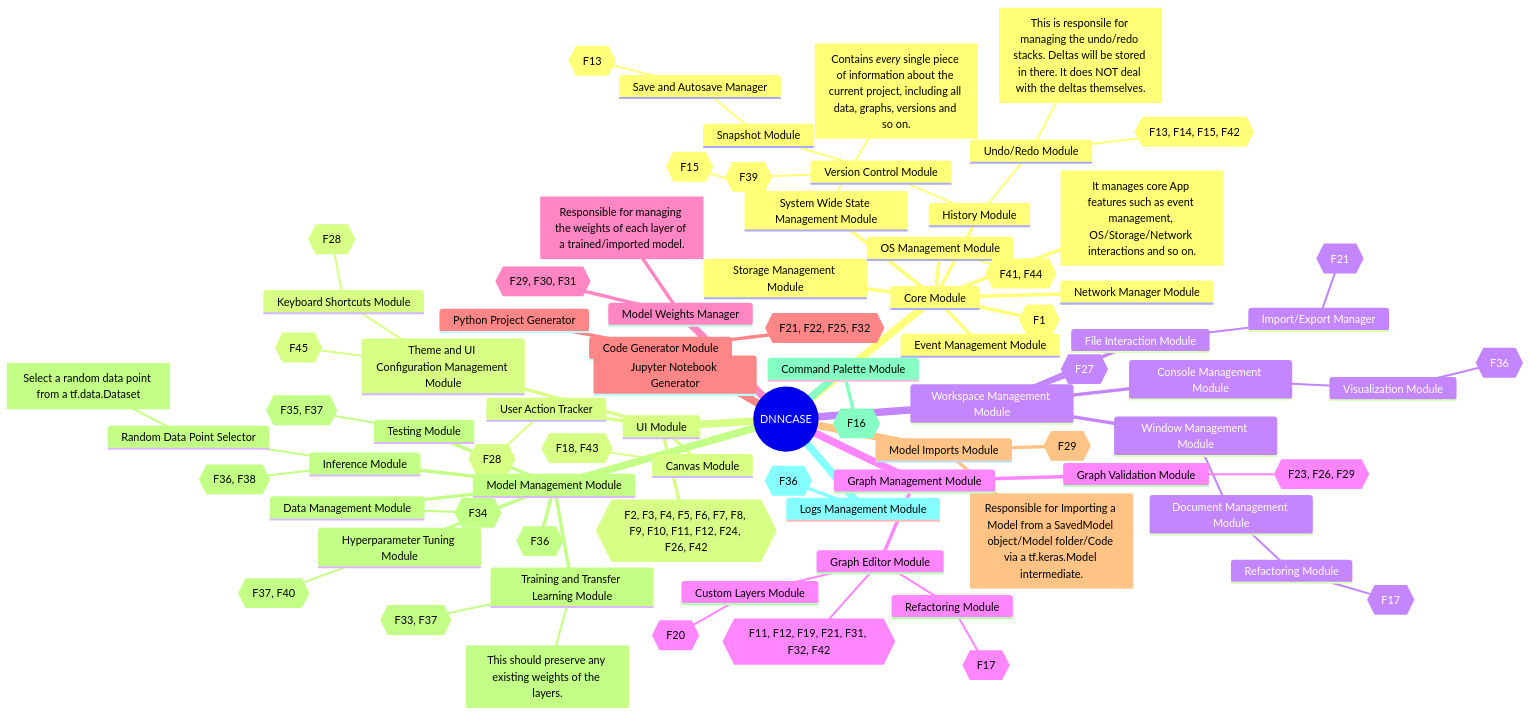
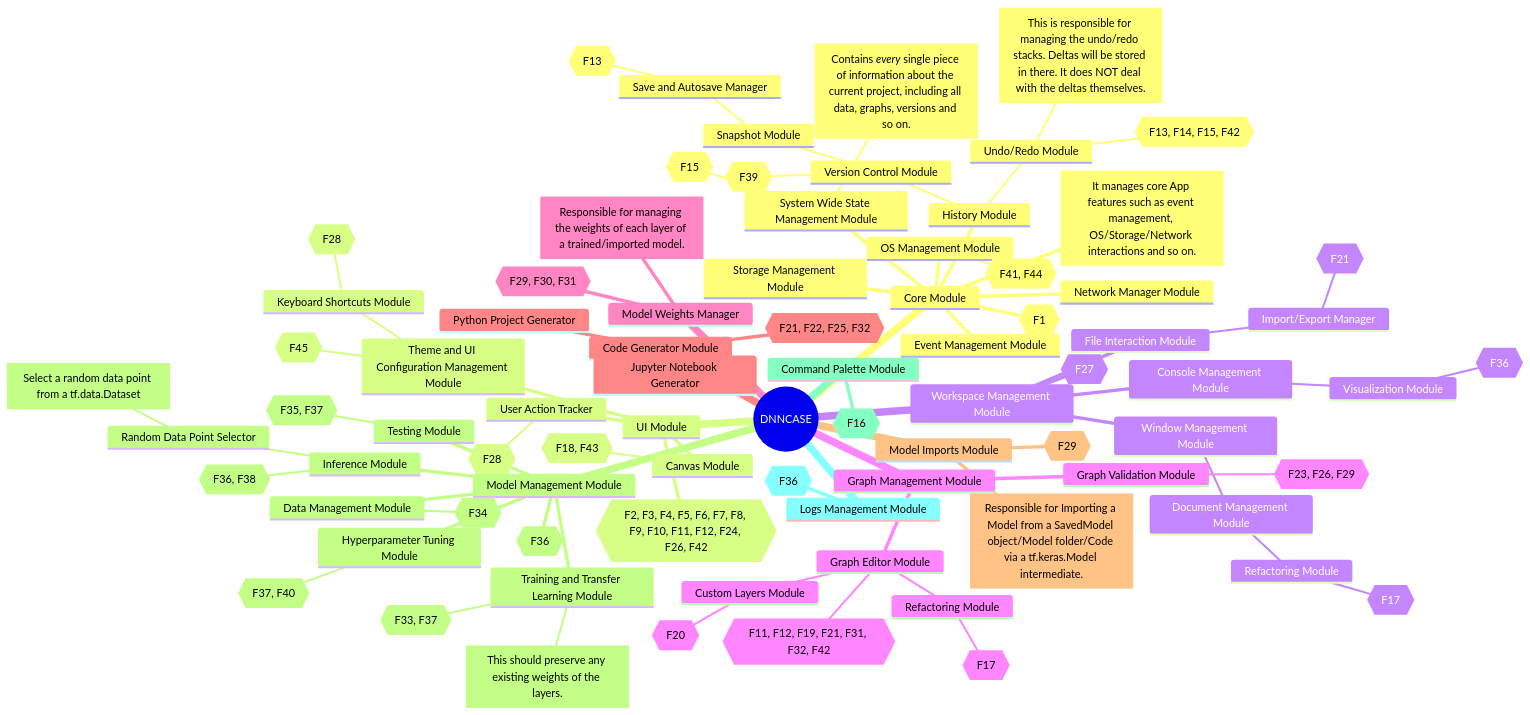
Before and after one commit to rohan843/dnncase: the first of 2 diagrams in Design Diagrams/Top Level Modules.md, drawn with Mermaid.

Commit message:
Update Top Level Modules.md

```diff
--- a/Design Diagrams/Top Level Modules.md
+++ b/Design Diagrams/Top Level Modules.md
@@ -88,7 +88,7 @@
                         id{{F13}}
             Undo/Redo Module
                 id{{F13, F14, F15, F42}}
-                id[This is responsile for managing the undo/redo stacks. Deltas will be stored in there. It does NOT deal with the deltas themselves.]
+                id[This is responsible for managing the undo/redo stacks. Deltas will be stored in there. It does NOT deal with the deltas themselves.]
     UI Module
         id{{F2, F3, F4, F5, F6, F7, F8, F9, F10, F11, F12, F24, F26, F42}}
         Canvas Module
```
